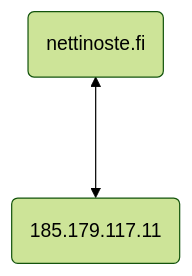
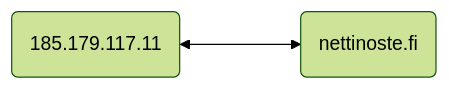
One commit to phdonner/verkkotunnus changed the diagram in iptodomainname.md. Above: the diagram before and after it, drawn with Mermaid.

````diff
--- a/iptodomainname.md
+++ b/iptodomainname.md
@@ -1,5 +1,5 @@
 ```mermaid
 %%{init: {'theme':'forest'}}%%
-flowchart BT
+flowchart LR
    A(185.179.117.11)    <---> B(nettinoste.fi)
 ```
````
